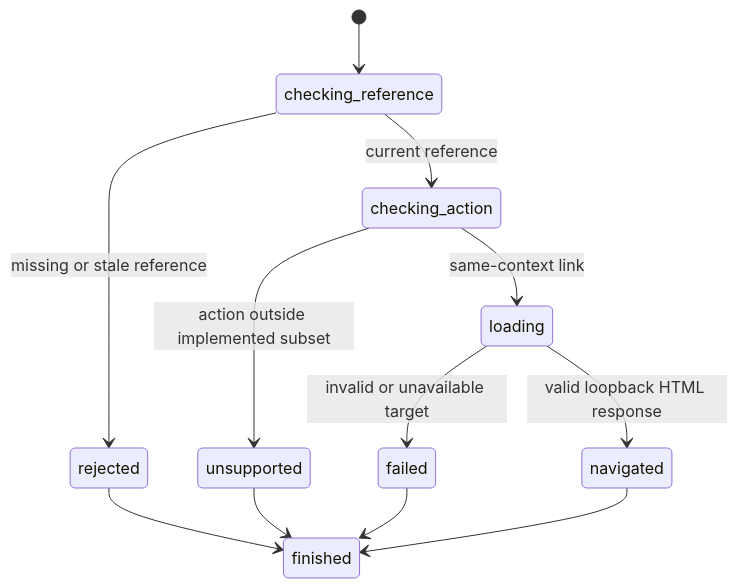
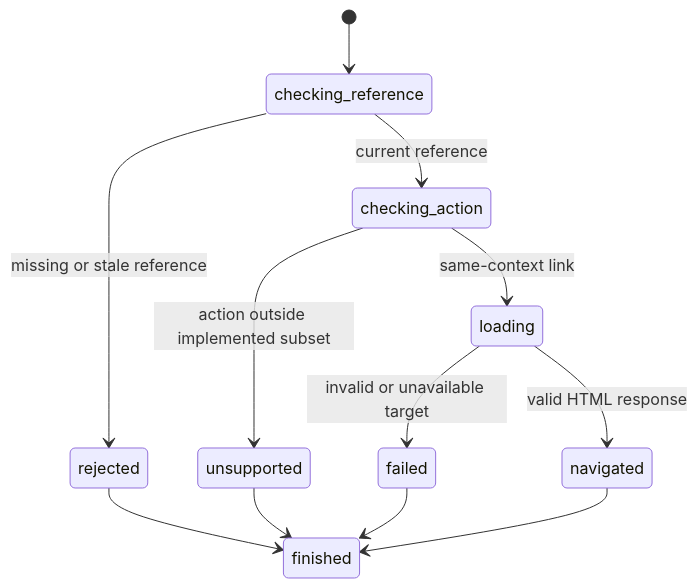
Before and after one commit to thoriqakbar0/browser.jr: the diagram in loading/navigation.md, drawn with Mermaid. The commit also changed other lines of this file and 15 other files, not shown here.

````diff
--- a/loading/navigation.md
+++ b/loading/navigation.md
@@ -29,14 +29,14 @@
 ```mermaid
 stateDiagram-v2
     [*] --> checking_reference
     checking_reference --> rejected : missing or stale reference
     checking_reference --> checking_action : current reference
     checking_action --> unsupported : action outside implemented subset
     checking_action --> loading : same-context link
     loading --> failed : invalid or unavailable target
-    loading --> navigated : valid loopback HTML response
+    loading --> navigated : valid HTML response
     navigated --> finished
     rejected --> finished
     unsupported --> finished
     failed --> finished
 ```
````
